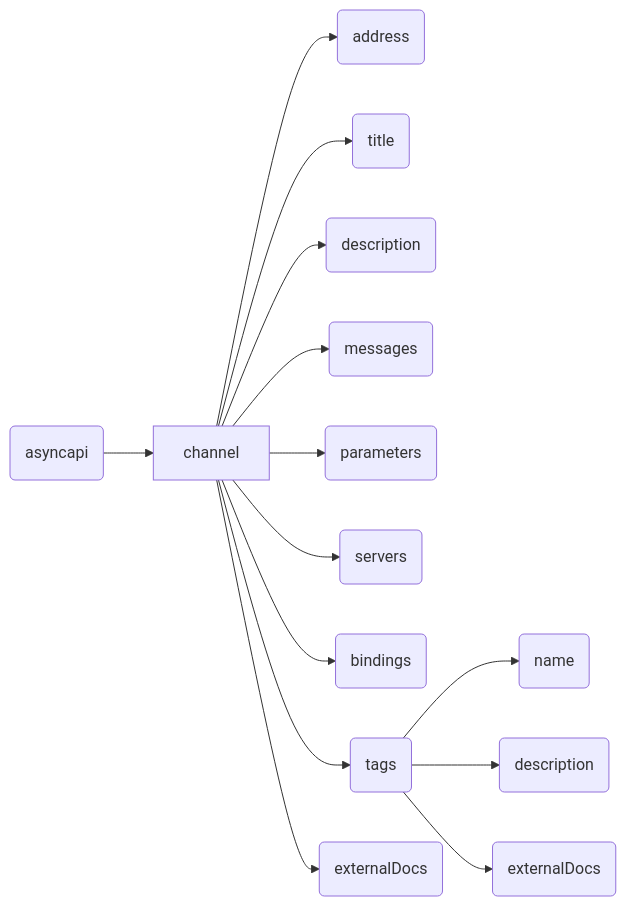
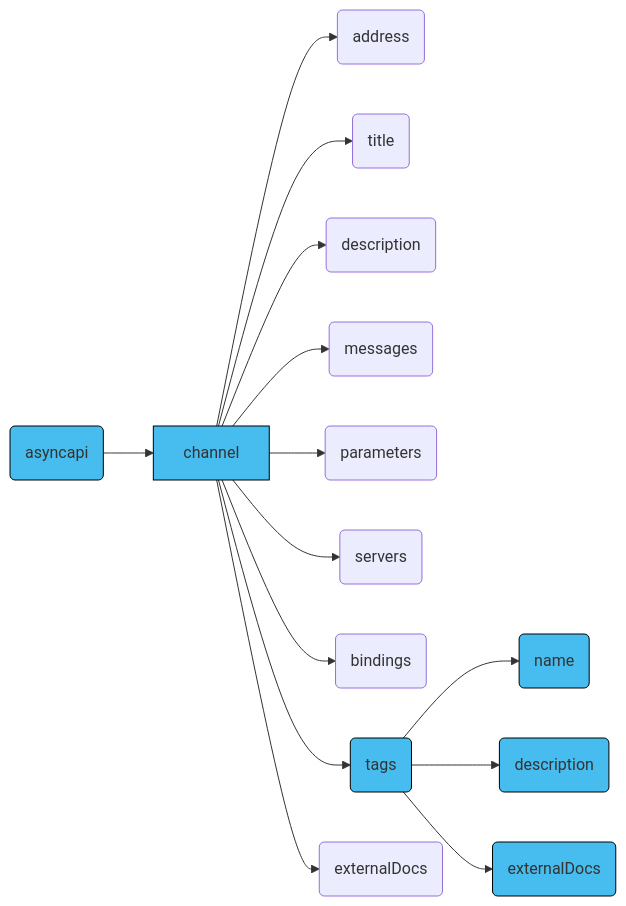
One commit to asyncapi/website changed the third of 5 diagrams in pages/docs/concepts/asyncapi-document/tags.md. Above: the diagram before and after it, drawn with Mermaid. The commit also changed other lines of this file, not shown here.

````diff
--- a/pages/docs/concepts/asyncapi-document/tags.md
+++ b/pages/docs/concepts/asyncapi-document/tags.md
@@ -104,31 +116,37 @@
 ```mermaid
 graph LR
   A[channel]
   B(address)
   C(title)
   D(description)
   E(messages)
   H(parameters)
   J(servers)
   M(bindings)
   P(tags)
   R(externalDocs)
   F(name)
   G(description)
   I(externalDocs)
   Z(asyncapi)
 
   Z --> A
   A --> B
   A --> C
   A --> D
   A --> E
   A --> H
   A --> J
   A --> M
   A --> P
   A --> R
   P --> F
   P --> G 
   P --> I 
+  style A fill:#47BCEE,stroke:#000;
+  style Z fill:#47BCEE,stroke:#000;
+  style P fill:#47BCEE,stroke:#000;
+  style F fill:#47BCEE,stroke:#000;
+  style G fill:#47BCEE,stroke:#000;
+  style I fill:#47BCEE,stroke:#000;
 ```
````
